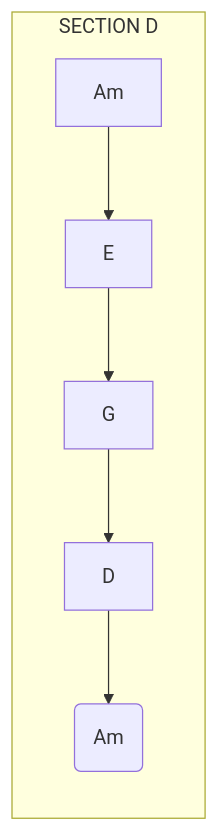
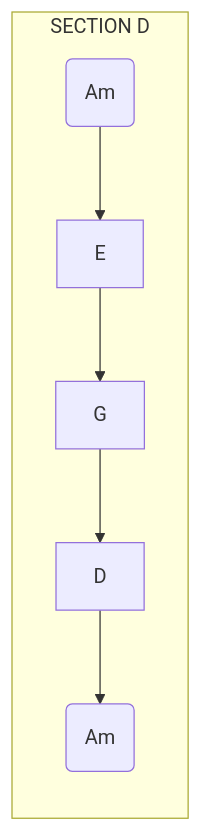
One commit to dengqinghua/dengqinghua.github.io changed the second of 2 diagrams in _posts/2020-12-01-live-more.md. Above: the diagram before and after it, drawn with Mermaid. The commit also changed other lines of this file and 2 other files, not shown here.

Commit message:
修改文档

```diff
--- a/_posts/2020-12-01-live-more.md
+++ b/_posts/2020-12-01-live-more.md
@@ -33,6 +33,6 @@
 {% mermaid %}
 graph LR
     subgraph SECTION D
-    Am-->E-->G-->D-->Am1(Am)
+    Am(Am)-->E-->G-->D-->Am1(Am)
     end
 {% endmermaid %}
```
